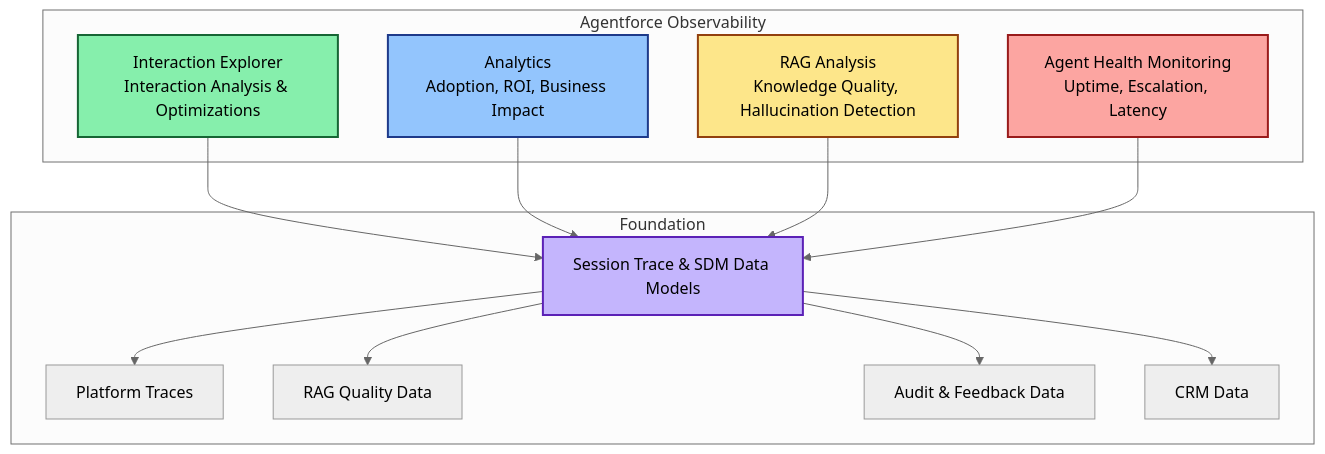
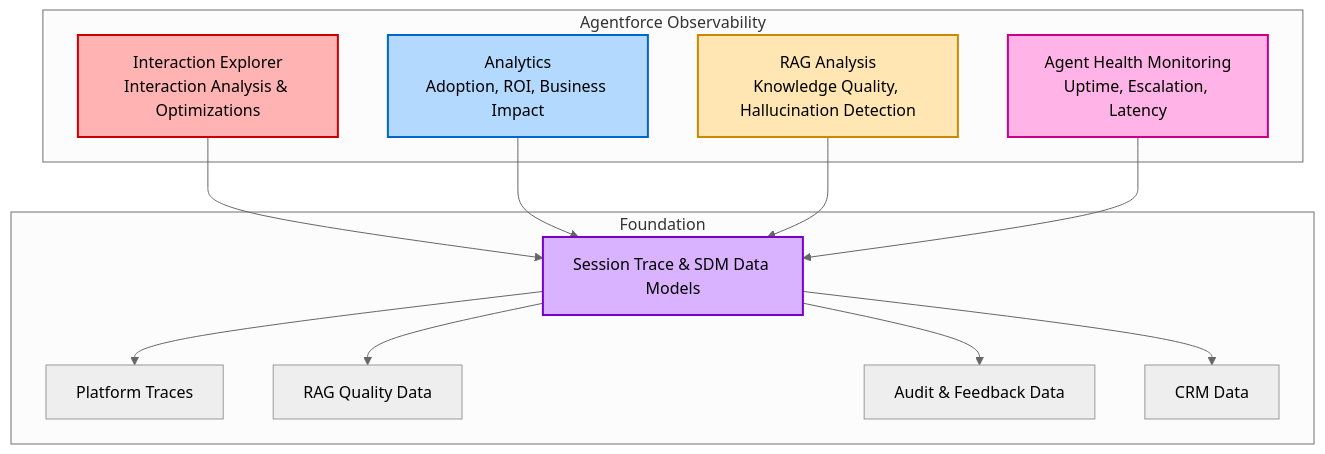
One commit to arupsarkar-sfdc/Misc changed the second of 11 diagrams in agentforce/observability/README_Agentforce_Observability_System_Architecture.md. Above: the diagram before and after it, drawn with Mermaid (neutral theme). The commit also changed other lines of this file, not shown here.

Commit message:
Updated color scheme of all diagrams

````diff
--- a/agentforce/observability/README_Agentforce_Observability_System_Architecture.md
+++ b/agentforce/observability/README_Agentforce_Observability_System_Architecture.md
@@ -68,33 +68,33 @@
 ```mermaid
 graph TB
     subgraph "Agentforce Observability"
         IE[Interaction Explorer<br/>Interaction Analysis & Optimizations]
         ANAL[Analytics<br/>Adoption, ROI, Business Impact]
         RAG[RAG Analysis<br/>Knowledge Quality, Hallucination Detection]
         HEALTH[Agent Health Monitoring<br/>Uptime, Escalation, Latency]
     end
     
     subgraph "Foundation"
         STDM[Session Trace & SDM Data Models]
         TRACES[Platform Traces]
         RAGDATA[RAG Quality Data]
         AUDIT[Audit & Feedback Data]
         CRM[CRM Data]
     end
     
     IE --> STDM
     ANAL --> STDM
     RAG --> STDM
     HEALTH --> STDM
     
     STDM --> TRACES
     STDM --> RAGDATA
     STDM --> AUDIT
     STDM --> CRM
     
-    style IE fill:#86efac,stroke:#166534,stroke-width:2px,color:#000
-    style ANAL fill:#93c5fd,stroke:#1e3a8a,stroke-width:2px,color:#000
-    style RAG fill:#fde68a,stroke:#92400e,stroke-width:2px,color:#000
-    style HEALTH fill:#fca5a1,stroke:#991b1b,stroke-width:2px,color:#000
-    style STDM fill:#c4b5fd,stroke:#5b21b6,stroke-width:2px,color:#000
+    style IE fill:#FFB3B3,stroke:#CC0000,stroke-width:2px,color:#000
+    style ANAL fill:#B3D9FF,stroke:#0066CC,stroke-width:2px,color:#000
+    style RAG fill:#FFE6B3,stroke:#CC8800,stroke-width:2px,color:#000
+    style HEALTH fill:#FFB3E6,stroke:#CC0088,stroke-width:2px,color:#000
+    style STDM fill:#D9B3FF,stroke:#7700CC,stroke-width:2px,color:#000
 ```
````
